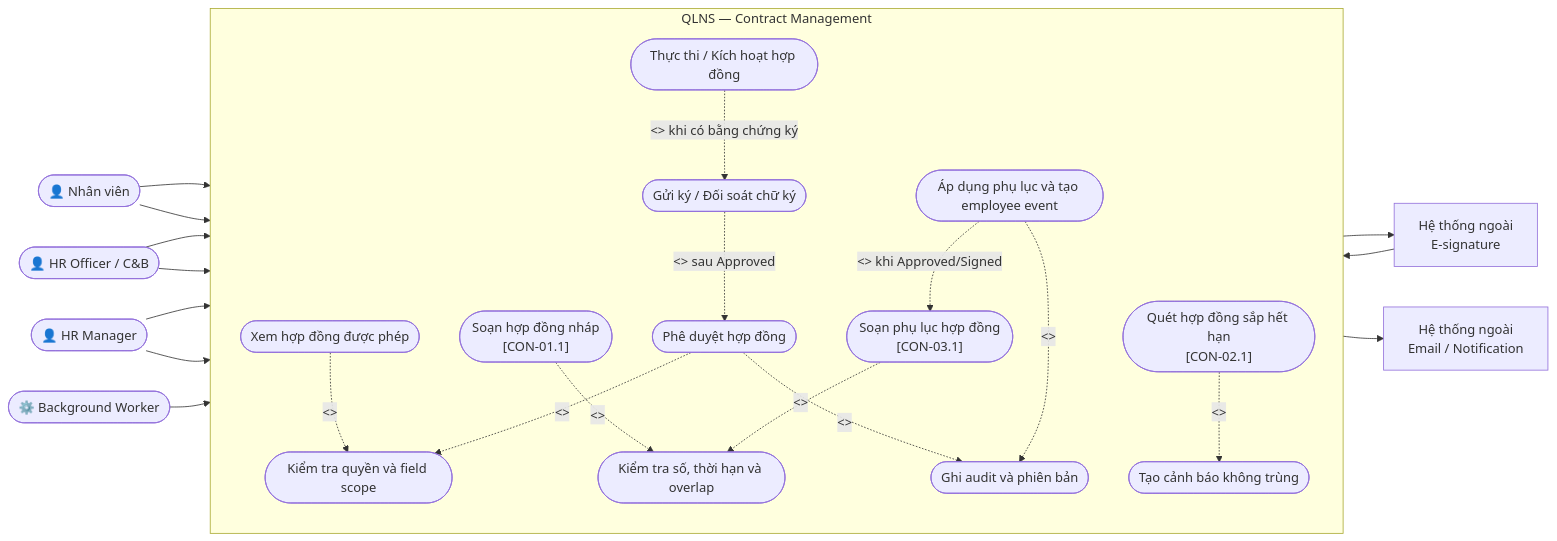
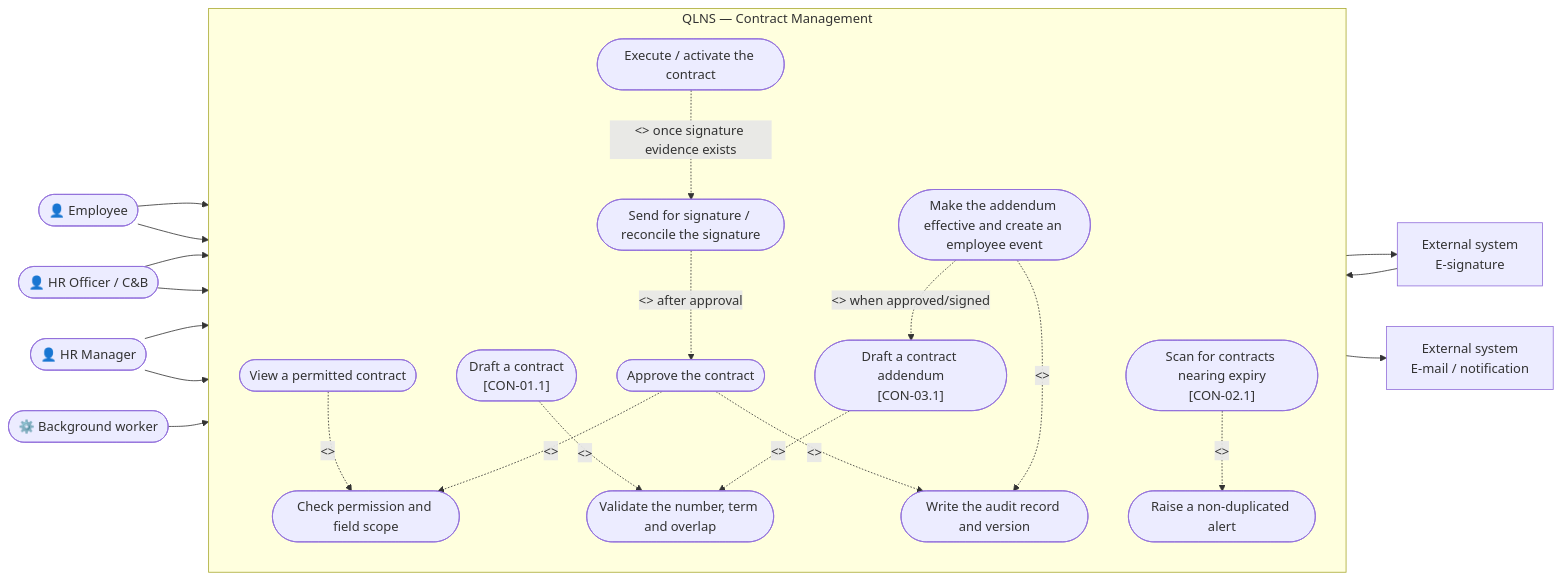
Before and after one commit to nvdat16/QLNS: the fourth of 6 diagrams in docs/use_cases.md, drawn with Mermaid. The commit also changed other lines of this file and 25 other files, not shown here.

````diff
--- a/docs/use_cases.md
+++ b/docs/use_cases.md
@@ -237,47 +237,47 @@
 ```mermaid
 flowchart LR
-    Employee(["👤 Nhân viên"])
+    Employee(["👤 Employee"])
     HROfficer(["👤 HR Officer / C&B"])
     HRManager(["👤 HR Manager"])
-    Worker(["⚙️ Background Worker"])
-    ESign["Hệ thống ngoài<br/>E-signature"]
-    Notification["Hệ thống ngoài<br/>Email / Notification"]
+    Worker(["⚙️ Background worker"])
+    ESign["External system<br/>E-signature"]
+    Notification["External system<br/>E-mail / notification"]
 
     subgraph QLNS_CONTRACT["QLNS — Contract Management"]
         direction TB
-        UC_VIEW(["Xem hợp đồng được phép"])
-        UC_DRAFT(["Soạn hợp đồng nháp<br/>[CON-01.1]"])
-        UC_VALIDATE(["Kiểm tra số, thời hạn và overlap"])
-        UC_APPROVE(["Phê duyệt hợp đồng"])
-        UC_SIGN(["Gửi ký / Đối soát chữ ký"])
-        UC_ACTIVATE(["Thực thi / Kích hoạt hợp đồng"])
-        UC_MONITOR(["Quét hợp đồng sắp hết hạn<br/>[CON-02.1]"])
-        UC_ALERT(["Tạo cảnh báo không trùng"])
-        UC_ADDENDUM(["Soạn phụ lục hợp đồng<br/>[CON-03.1]"])
-        UC_ADDENDUM_EFFECT(["Áp dụng phụ lục và tạo employee event"])
-        UC_AUTH(["Kiểm tra quyền và field scope"])
-        UC_AUDIT(["Ghi audit và phiên bản"])
+        UC_VIEW(["View a permitted contract"])
+        UC_DRAFT(["Draft a contract<br/>[CON-01.1]"])
+        UC_VALIDATE(["Validate the number, term and overlap"])
+        UC_APPROVE(["Approve the contract"])
+        UC_SIGN(["Send for signature / reconcile the signature"])
+        UC_ACTIVATE(["Execute / activate the contract"])
+        UC_MONITOR(["Scan for contracts nearing expiry<br/>[CON-02.1]"])
+        UC_ALERT(["Raise a non-duplicated alert"])
+        UC_ADDENDUM(["Draft a contract addendum<br/>[CON-03.1]"])
+        UC_ADDENDUM_EFFECT(["Make the addendum effective and create an employee event"])
+        UC_AUTH(["Check permission and field scope"])
+        UC_AUDIT(["Write the audit record and version"])
 
         UC_VIEW -. "<<include>>" .-> UC_AUTH
         UC_DRAFT -. "<<include>>" .-> UC_VALIDATE
         UC_APPROVE -. "<<include>>" .-> UC_AUTH
         UC_APPROVE -. "<<include>>" .-> UC_AUDIT
-        UC_SIGN -. "<<extend>> sau Approved" .-> UC_APPROVE
-        UC_ACTIVATE -. "<<extend>> khi có bằng chứng ký" .-> UC_SIGN
+        UC_SIGN -. "<<extend>> after approval" .-> UC_APPROVE
+        UC_ACTIVATE -. "<<extend>> once signature evidence exists" .-> UC_SIGN
         UC_MONITOR -. "<<include>>" .-> UC_ALERT
         UC_ADDENDUM -. "<<include>>" .-> UC_VALIDATE
-        UC_ADDENDUM_EFFECT -. "<<extend>> khi Approved/Signed" .-> UC_ADDENDUM
+        UC_ADDENDUM_EFFECT -. "<<extend>> when approved/signed" .-> UC_ADDENDUM
         UC_ADDENDUM_EFFECT -. "<<include>>" .-> UC_AUDIT
     end
 
     Employee --> UC_VIEW
     Employee --> UC_SIGN
     HROfficer --> UC_DRAFT
     HROfficer --> UC_ADDENDUM
     HRManager --> UC_APPROVE
     HRManager --> UC_ADDENDUM
     Worker --> UC_MONITOR
     UC_SIGN --> ESign
     ESign --> UC_SIGN
     UC_ALERT --> Notification
 ```
````
